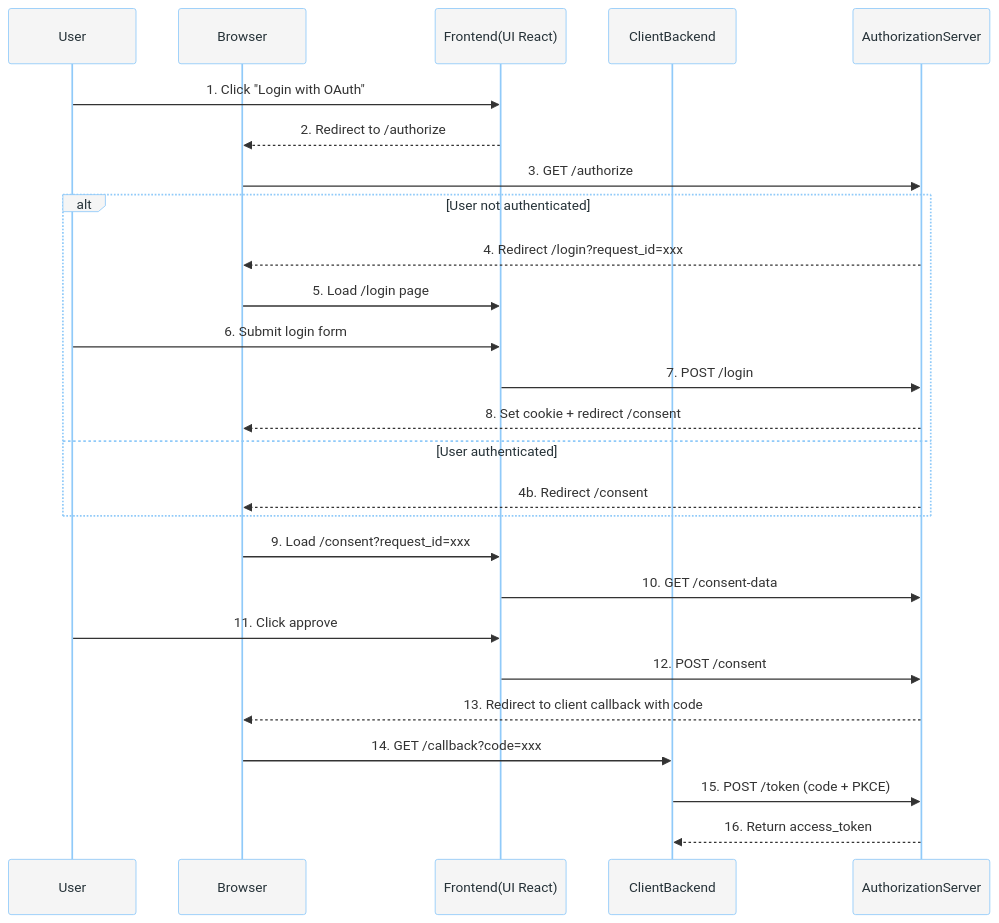
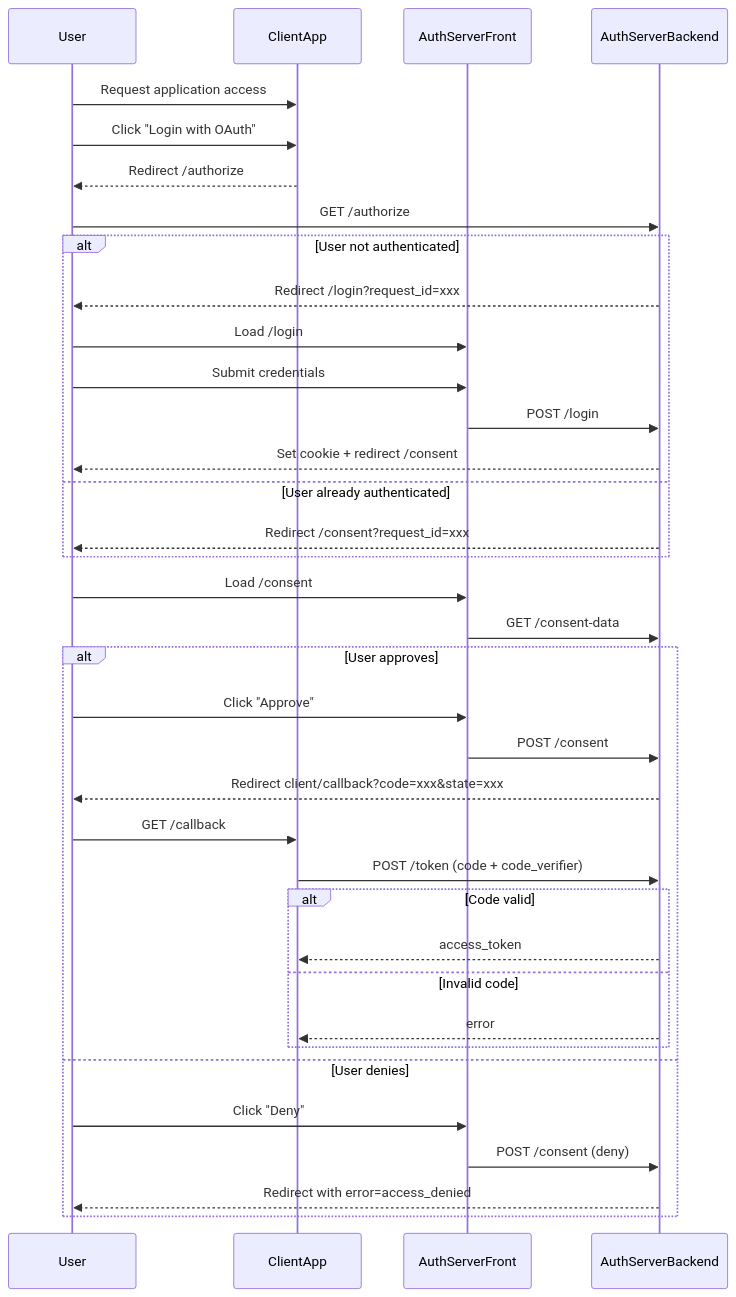
Before and after one commit to abdoulfataoh/oauth2: the diagram in README.md, drawn with Mermaid. The commit also changed other lines of this file, not shown here.

````diff
--- a/README.md
+++ b/README.md
@@ -35,51 +35,54 @@
 ```mermaid
-
-%%{init: {
-  'theme': 'base',
-  'themeVariables': {
-    'primaryColor': '#f5f5f5',
-    'secondaryColor': '#e3f2fd',
-    'tertiaryColor': '#e8f5e9',
-    'primaryBorderColor': '#90caf9',
-    'lineColor': '#546e7a',
-    'actorTextColor': '#263238',
-    'fontSize': '18px'
-  }
-}}%%
 
 sequenceDiagram
     participant User
-    participant Browser
-    participant Frontend as Frontend(UI React)
-    participant Client as ClientBackend
-    participant Auth as AuthorizationServer
+    participant ClientApp
+    participant AuthServerFront
+    participant AuthServerBackend
 
-    User->>Frontend: 1. Click "Login with OAuth"
+    %% Step 0: Entry point
+    User->>ClientApp: Request application access
 
-    Frontend-->>Browser: 2. Redirect to /authorize
-    Browser->>Auth: 3. GET /authorize
+    %% Step 1: Start OAuth
+    User->>ClientApp: Click "Login with OAuth"
+    ClientApp-->>User: Redirect /authorize
+    User->>AuthServerBackend: GET /authorize
 
+    %% Step 2: Auth check
     alt User not authenticated
-        Auth-->>Browser: 4. Redirect /login?request_id=xxx
-        Browser->>Frontend: 5. Load /login page
-        User->>Frontend: 6. Submit login form
-        Frontend->>Auth: 7. POST /login
-        Auth-->>Browser: 8. Set cookie + redirect /consent
-    else User authenticated
-        Auth-->>Browser: 4b. Redirect /consent
+        AuthServerBackend-->>User: Redirect /login?request_id=xxx
+        User->>AuthServerFront: Load /login
+        User->>AuthServerFront: Submit credentials
+        AuthServerFront->>AuthServerBackend: POST /login
+        AuthServerBackend-->>User: Set cookie + redirect /consent
+    else User already authenticated
+        AuthServerBackend-->>User: Redirect /consent?request_id=xxx
     end
 
-    Browser->>Frontend: 9. Load /consent?request_id=xxx
-    Frontend->>Auth: 10. GET /consent-data
+    %% Step 3: Consent
+    User->>AuthServerFront: Load /consent
+    AuthServerFront->>AuthServerBackend: GET /consent-data
 
-    User->>Frontend: 11. Click approve
-    Frontend->>Auth: 12. POST /consent
+    alt User approves
+        User->>AuthServerFront: Click "Approve"
+        AuthServerFront->>AuthServerBackend: POST /consent
 
-    Auth-->>Browser: 13. Redirect to client callback with code
-    Browser->>Client: 14. GET /callback?code=xxx
+        AuthServerBackend-->>User: Redirect client/callback?code=xxx&state=xxx
+        User->>ClientApp: GET /callback
 
-    Client->>Auth: 15. POST /token (code + PKCE)
-    Auth-->>Client: 16. Return access_token
+        %% Step 4: Token exchange
+        ClientApp->>AuthServerBackend: POST /token (code + code_verifier)
 
+        alt Code valid
+            AuthServerBackend-->>ClientApp: access_token
+        else Invalid code
+            AuthServerBackend-->>ClientApp: error
+        end
+
+    else User denies
+        User->>AuthServerFront: Click "Deny"
+        AuthServerFront->>AuthServerBackend: POST /consent (deny)
+        AuthServerBackend-->>User: Redirect with error=access_denied
+    end
 
 ```
````
